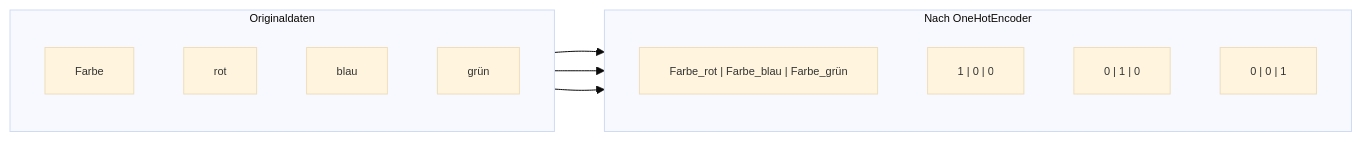
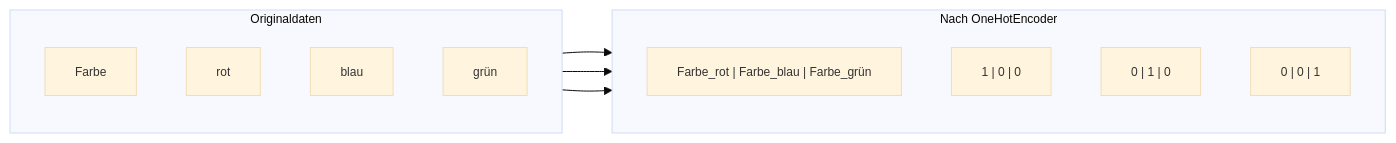
Before and after one commit to ralf-42/ML_Intro: the fourth of 7 diagrams in docs/concepts/prepare/kodierung_kategorialer_daten.md, drawn with Mermaid. The commit also changed other lines of this file and 24 other files, not shown here.

````diff
--- a/docs/concepts/prepare/kodierung_kategorialer_daten.md
+++ b/docs/concepts/prepare/kodierung_kategorialer_daten.md
@@ -157,23 +157,23 @@
 ```mermaid
-%%{init: {'theme': 'base', 'themeVariables': {'fontSize': '11px'}}}%%
+%%{init: {'theme': 'base', 'themeVariables': {'fontSize': '12px'}}}%%
 flowchart LR
     subgraph Vorher["Originaldaten"]
         direction TB
         F["Farbe"]
         F1["rot"]
         F2["blau"]
         F3["grün"]
     end
     
     subgraph Nachher["Nach OneHotEncoder"]
         direction TB
         H["Farbe_rot | Farbe_blau | Farbe_grün"]
         H1["1 | 0 | 0"]
         H2["0 | 1 | 0"]
         H3["0 | 0 | 1"]
     end
     
     F1 --> H1
     F2 --> H2
     F3 --> H3
 ```
````
